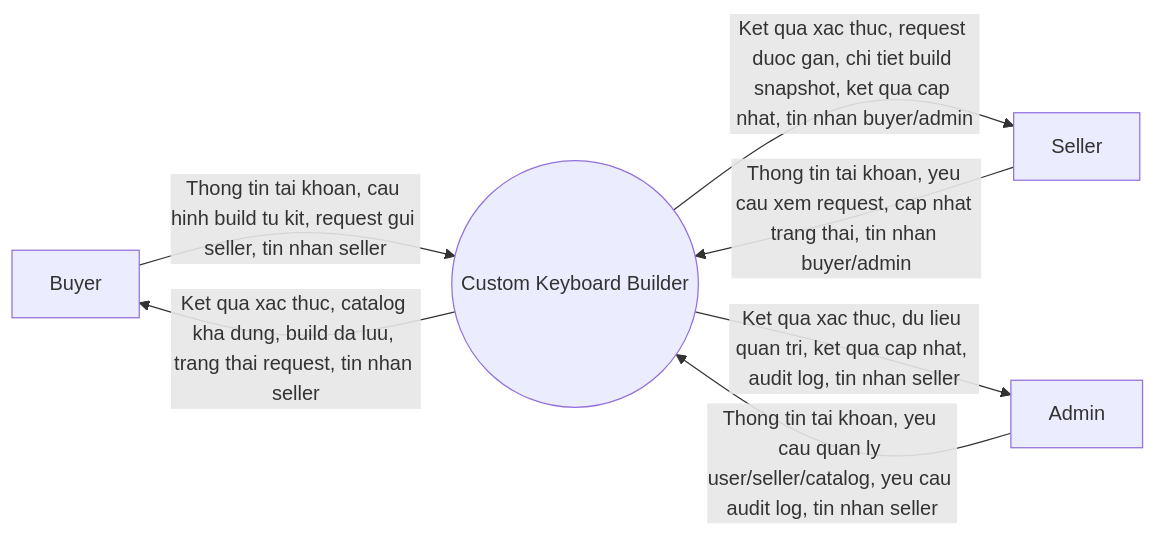
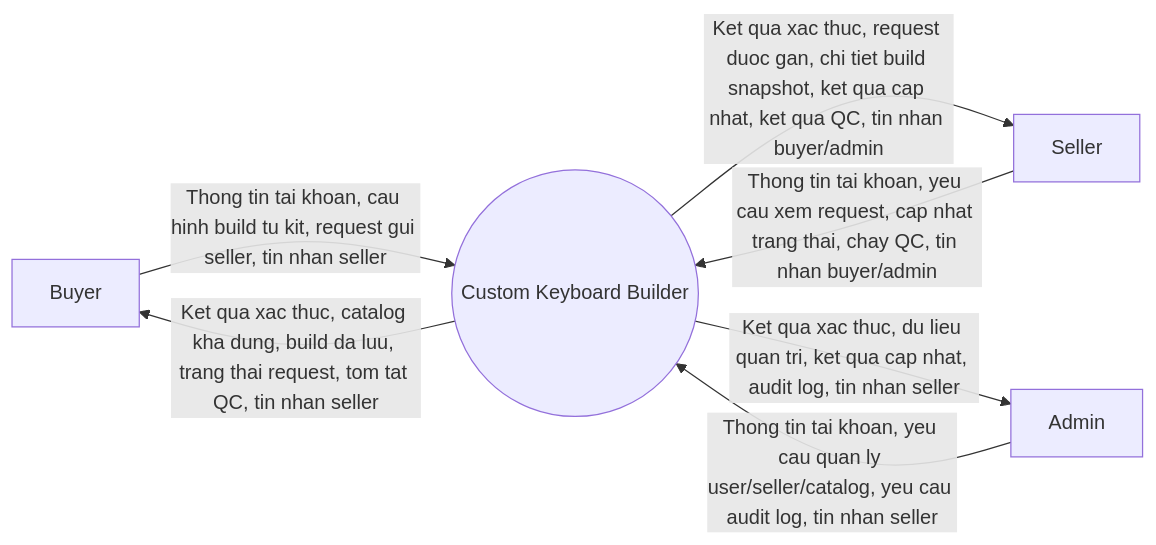
The first of 2 diagrams in Documents_Refactor/Custom_Keyboard_DFD_Context_Level0_Refactor.md (froynar/Custom_keyboard), drawn with Mermaid before and after one commit. The commit also changed other lines of this file and 8 other files, not shown here.

Commit message:
hoan thien diagram thay yeu cau

````diff
--- a/Documents_Refactor/Custom_Keyboard_DFD_Context_Level0_Refactor.md
+++ b/Documents_Refactor/Custom_Keyboard_DFD_Context_Level0_Refactor.md
@@ -9,17 +9,17 @@
 ```mermaid
 flowchart LR
     Buyer["Buyer"]
     Seller["Seller"]
     Admin["Admin"]
 
     System(("Custom Keyboard Builder"))
 
     Buyer -- "Thong tin tai khoan, cau hinh build tu kit, request gui seller, tin nhan seller" --> System
-    System -- "Ket qua xac thuc, catalog kha dung, build da luu, trang thai request, tin nhan seller" --> Buyer
+    System -- "Ket qua xac thuc, catalog kha dung, build da luu, trang thai request, tom tat QC, tin nhan seller" --> Buyer
 
-    Seller -- "Thong tin tai khoan, yeu cau xem request, cap nhat trang thai, tin nhan buyer/admin" --> System
-    System -- "Ket qua xac thuc, request duoc gan, chi tiet build snapshot, ket qua cap nhat, tin nhan buyer/admin" --> Seller
+    Seller -- "Thong tin tai khoan, yeu cau xem request, cap nhat trang thai, chay QC, tin nhan buyer/admin" --> System
+    System -- "Ket qua xac thuc, request duoc gan, chi tiet build snapshot, ket qua cap nhat, ket qua QC, tin nhan buyer/admin" --> Seller
 
     Admin -- "Thong tin tai khoan, yeu cau quan ly user/seller/catalog, yeu cau audit log, tin nhan seller" --> System
     System -- "Ket qua xac thuc, du lieu quan tri, ket qua cap nhat, audit log, tin nhan seller" --> Admin
 ```
````
